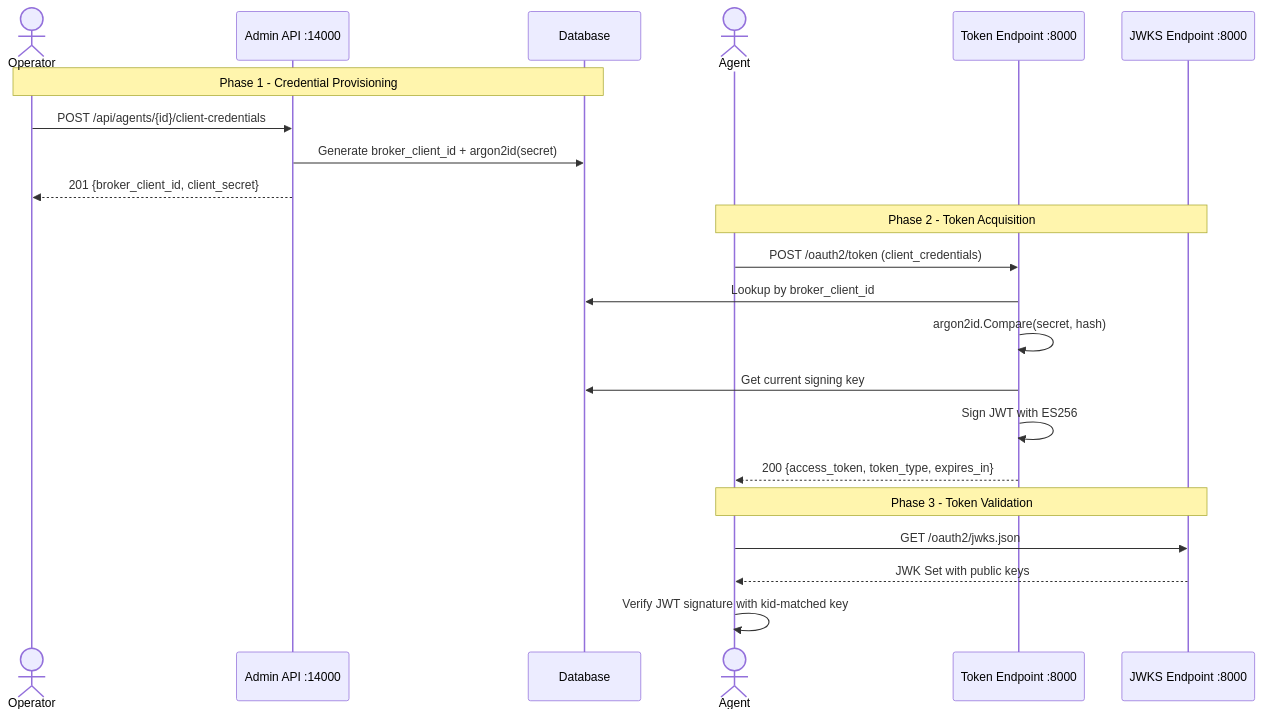
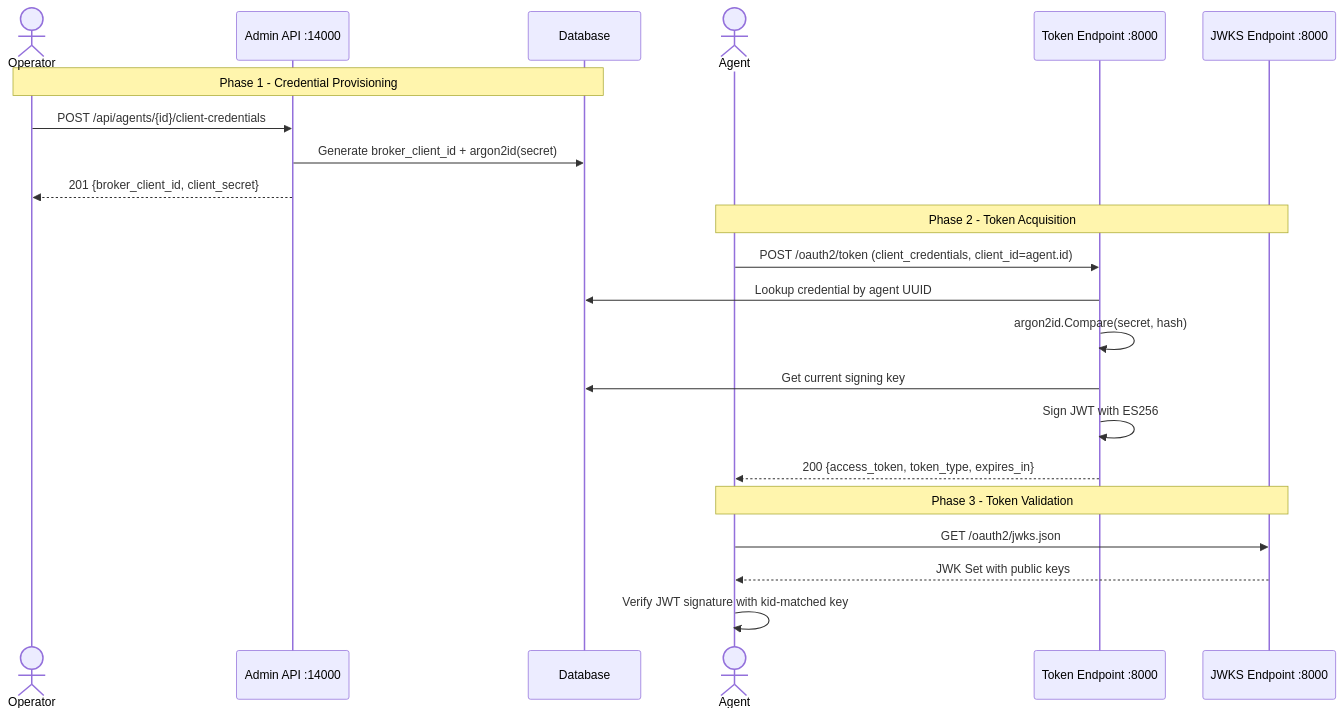
The first of 2 diagrams in specs/025-oauth2-server/contracts/api-contracts.md (axsaucedo/agentic-identity-broker), drawn with Mermaid before and after one commit. The commit also changed 5 other files, not shown here.

First line of the commit message:
fix(oauth2): emit agent UUID as sub/agent_id in issued tokens

````diff
--- a/specs/025-oauth2-server/contracts/api-contracts.md
+++ b/specs/025-oauth2-server/contracts/api-contracts.md
@@ -462,27 +462,27 @@
 ```mermaid
 sequenceDiagram
     actor Operator
     participant AdminAPI as Admin API :14000
     participant DB as Database
     actor Agent
     participant TokenEP as Token Endpoint :8000
     participant JWKS as JWKS Endpoint :8000
 
     Note over Operator,DB: Phase 1 - Credential Provisioning
     Operator->>AdminAPI: POST /api/agents/{id}/client-credentials
     AdminAPI->>DB: Generate broker_client_id + argon2id(secret)
     AdminAPI-->>Operator: 201 {broker_client_id, client_secret}
 
     Note over Agent,JWKS: Phase 2 - Token Acquisition
-    Agent->>TokenEP: POST /oauth2/token (client_credentials)
-    TokenEP->>DB: Lookup by broker_client_id
+    Agent->>TokenEP: POST /oauth2/token (client_credentials, client_id=agent.id)
+    TokenEP->>DB: Lookup credential by agent UUID
     TokenEP->>TokenEP: argon2id.Compare(secret, hash)
     TokenEP->>DB: Get current signing key
     TokenEP->>TokenEP: Sign JWT with ES256
     TokenEP-->>Agent: 200 {access_token, token_type, expires_in}
 
     Note over Agent,JWKS: Phase 3 - Token Validation
     Agent->>JWKS: GET /oauth2/jwks.json
     JWKS-->>Agent: JWK Set with public keys
     Agent->>Agent: Verify JWT signature with kid-matched key
 ```
````
